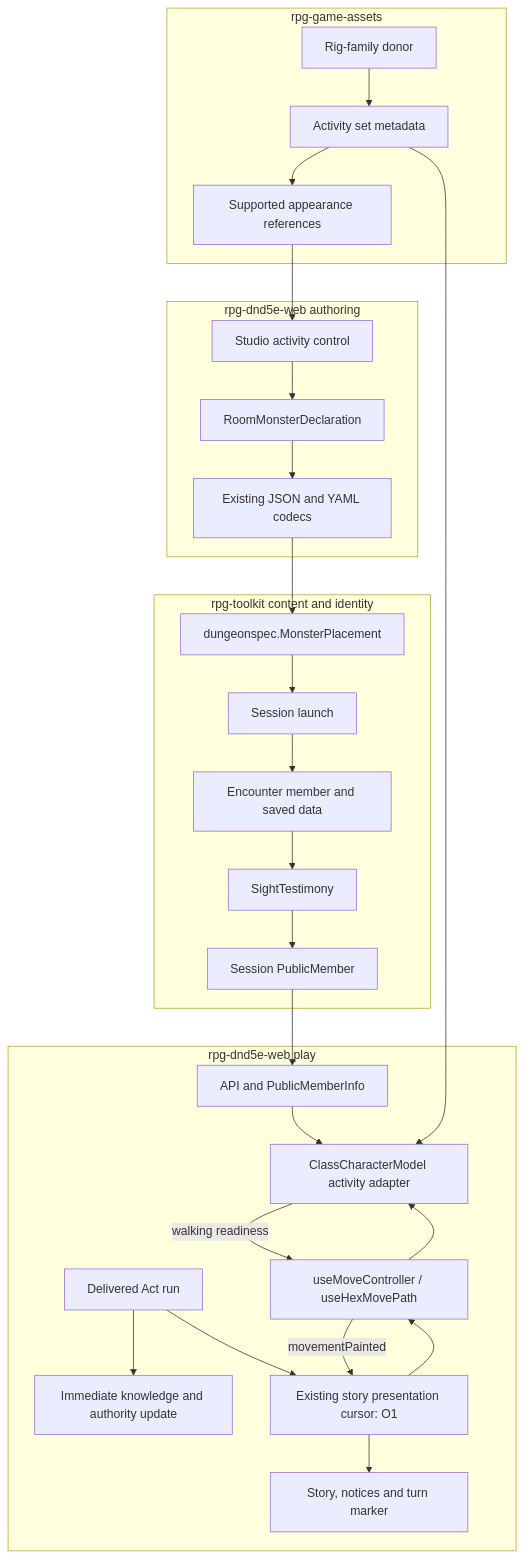
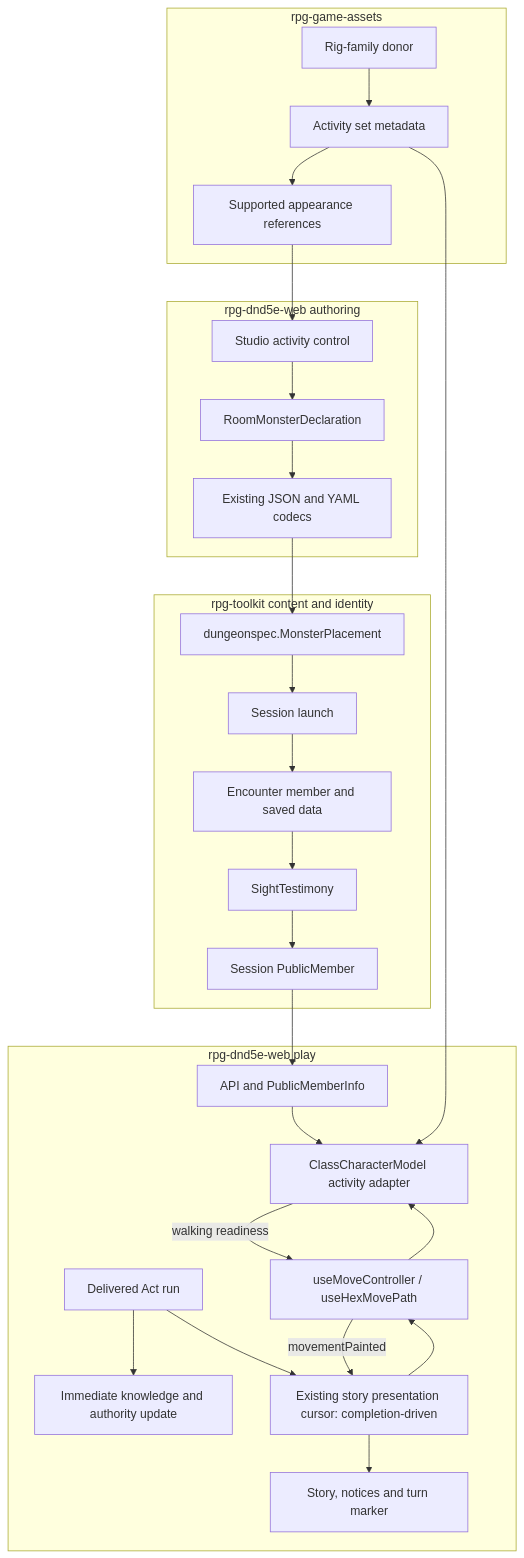
The diagram in ideas/npc-activities/README.md (KirkDiggler/rpg-project), drawn with Mermaid before and after one commit. The commit also changed other lines of this file and 1 other file, not shown here.

First line of the commit message:
Settle completion-driven NPC presentation pacing

````diff
--- a/ideas/npc-activities/README.md
+++ b/ideas/npc-activities/README.md
@@ -12,31 +13,31 @@
 ```mermaid
 flowchart TB
     subgraph Provider[rpg-game-assets]
       Donor[Rig-family donor] --> Activity[Activity set metadata]
       Activity --> Compatible[Supported appearance references]
     end
     subgraph Author[rpg-dnd5e-web authoring]
       Choices[Studio activity control] --> Placement[RoomMonsterDeclaration]
       Placement --> Codec[Existing JSON and YAML codecs]
     end
     Compatible --> Choices
     subgraph Rules[rpg-toolkit content and identity]
       Compile[dungeonspec.MonsterPlacement] --> Launch[Session launch]
       Launch --> Member[Encounter member and saved data]
       Member --> Sight[SightTestimony]
       Sight --> Public[Session PublicMember]
     end
     Codec --> Compile
     Public --> Wire[API and PublicMemberInfo]
     subgraph Web[rpg-dnd5e-web play]
       Wire --> Body[ClassCharacterModel activity adapter]
       Feed[Delivered Act run] --> Knowledge[Immediate knowledge and authority update]
-      Feed --> Presentation[Existing story presentation cursor: O1]
+      Feed --> Presentation[Existing story presentation cursor: completion-driven]
       Presentation --> Move[useMoveController / useHexMovePath]
       Move --> Body
       Body -->|walking readiness| Move
       Move -->|movementPainted| Presentation
       Presentation --> Readout[Story, notices and turn marker]
     end
     Activity --> Body
 ```
````
